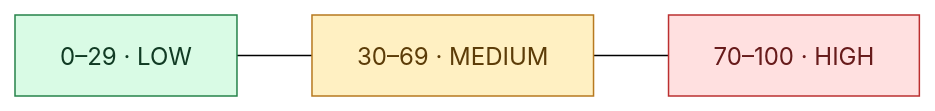
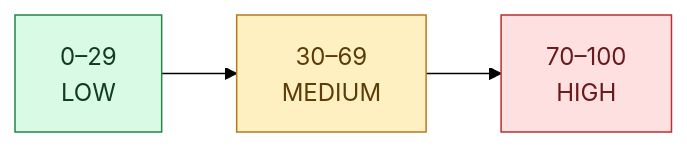
One commit to Mohsen-hub01/identityshield-ai changed the third of 12 diagrams in README.md. Above: the diagram before and after it, drawn with Mermaid (forest theme). The commit also changed other lines of this file and 8 other files, not shown here.

Commit message:
docs: update project documentation and architecture diagrams

````diff
--- a/README.md
+++ b/README.md
@@ -80,10 +161,12 @@
 ```mermaid
 flowchart LR
-    LOW["0–29 · LOW"] --- MED["30–69 · MEDIUM"] --- HIGH["70–100 · HIGH"]
-    classDef low fill:#d9fbe5,stroke:#26834a,color:#113b24
-    classDef medium fill:#fff0c2,stroke:#b7791f,color:#5c3c08
-    classDef high fill:#ffe0e0,stroke:#bb3030,color:#671b1b
-    class LOW low
-    class MED medium
-    class HIGH high
+    A["0–29<br/>LOW"]
+    B["30–69<br/>MEDIUM"]
+    C["70–100<br/>HIGH"]
+
+    A --> B --> C
+
+    style A fill:#d9fbe5,stroke:#26834a,color:#113b24
+    style B fill:#fff0c2,stroke:#b7791f,color:#5c3c08
+    style C fill:#ffe0e0,stroke:#bb3030,color:#671b1b
 ```
````
